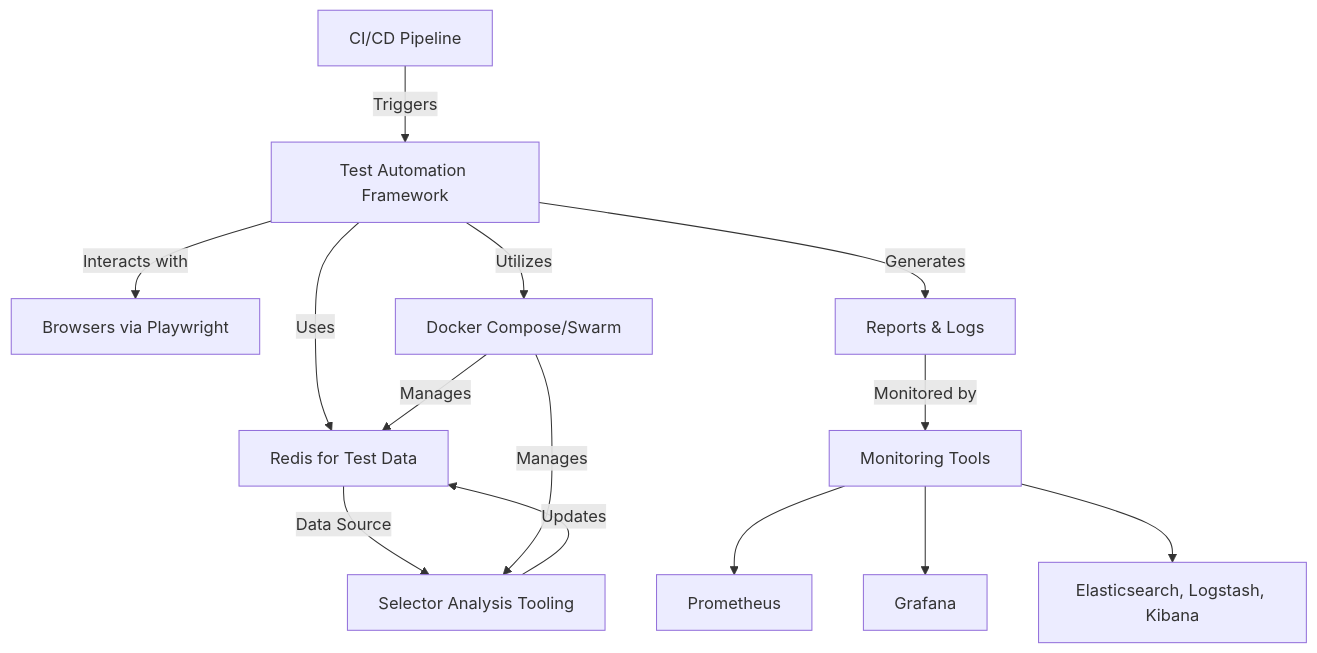
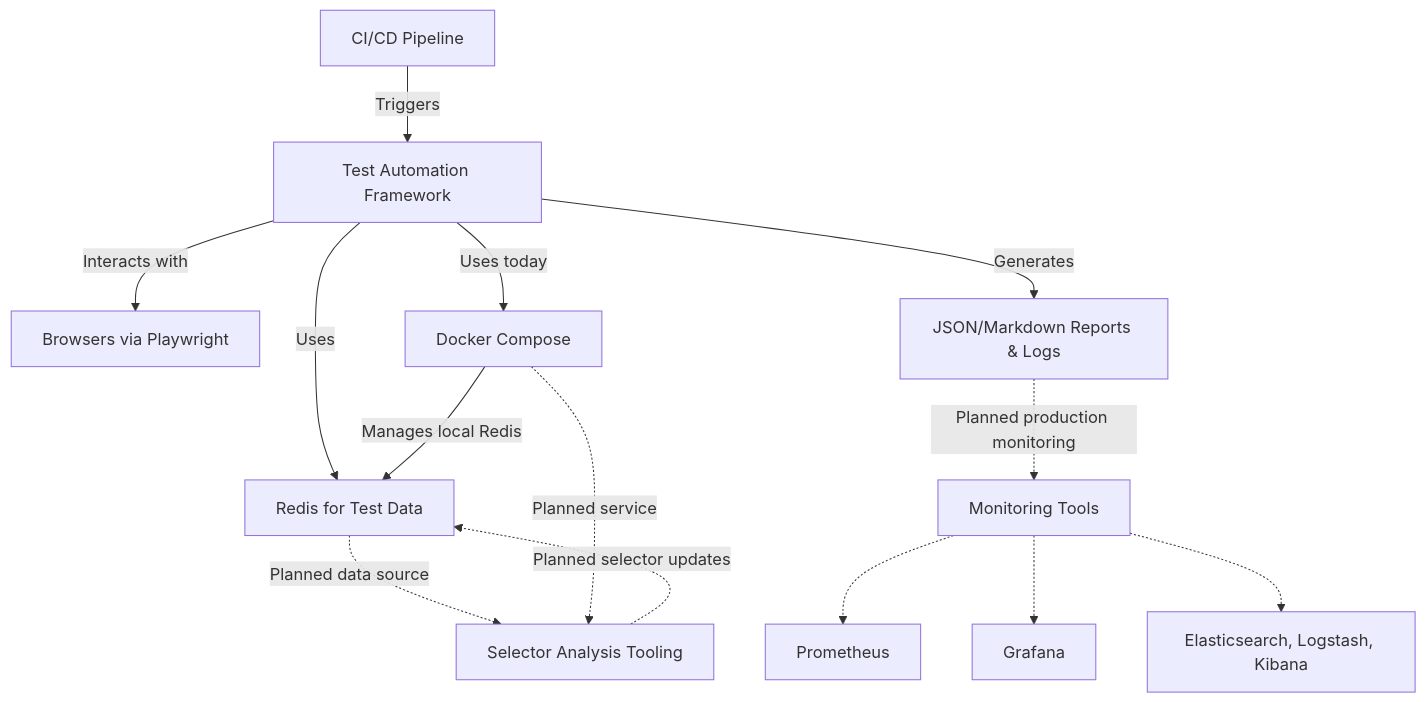
One commit to jsugg/auroraflow changed the first of 4 diagrams in README.md. Above: the diagram before and after it, drawn with Mermaid. The commit also changed other lines of this file, not shown here.

````diff
--- a/README.md
+++ b/README.md
@@ -33,16 +33,16 @@
 ```mermaid
 graph TD;
     CI[CI/CD Pipeline]-->|Triggers|TAF[Test Automation Framework];
     TAF-->|Uses|Redis[Redis for Test Data];
     TAF-->|Interacts with|Browser[Browsers via Playwright];
-    Redis-->|Data Source|SAT[Selector Analysis Tooling];
-    SAT-->|Updates|Redis;
-    TAF-->|Generates|Reports[Reports & Logs];
-    Reports-->|Monitored by|Monitoring[Monitoring Tools];
-    Monitoring-->Prometheus;
-    Monitoring-->Grafana;
-    Monitoring-->ELK[Elasticsearch, Logstash, Kibana];
-    TAF-->|Utilizes|Docker[Docker Compose/Swarm];
-    Docker-->|Manages|Redis;
-    Docker-->|Manages|SAT;
+    Redis-.->|Planned data source|SAT[Selector Analysis Tooling];
+    SAT-.->|Planned selector updates|Redis;
+    TAF-->|Generates|Reports[JSON/Markdown Reports & Logs];
+    Reports-.->|Planned production monitoring|Monitoring[Monitoring Tools];
+    Monitoring-.->Prometheus;
+    Monitoring-.->Grafana;
+    Monitoring-.->ELK[Elasticsearch, Logstash, Kibana];
+    TAF-->|Uses today|Docker[Docker Compose];
+    Docker-->|Manages local Redis|Redis;
+    Docker-.->|Planned service|SAT;
 ```
````
